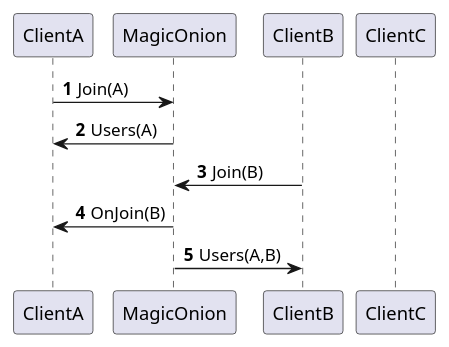
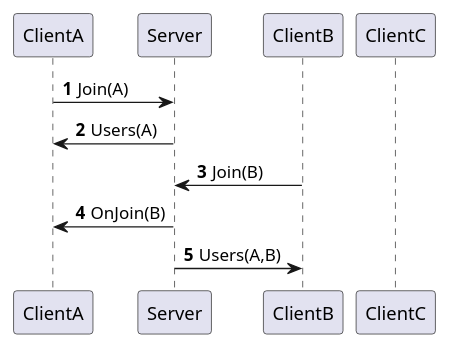
Before and after one commit to Bekomochi/RealTime-Repository: the diagram in Admin/app/src/database/migrations/RealTime_Sequence.puml, drawn with PlantUML. The commit also changed 4 other files, not shown here.

Commit message:
シーケンス図(ゲーム開始/終了)を編集、その他シーケンス図の微調整

```diff
--- a/Admin/app/src/database/migrations/RealTime_Sequence.puml
+++ b/Admin/app/src/database/migrations/RealTime_Sequence.puml
@@ -1,17 +1,17 @@
 @startuml
 'https://plantuml.com/sequence-diagram
 
 autonumber
 
 participant ClientA
-participant MagicOnion
+participant Server
 participant ClientB
 participant ClientC
 
-ClientA->MagicOnion:Join(A)
-ClientA<-MagicOnion:Users(A)
-ClientB->MagicOnion:Join(B)
-ClientA<-MagicOnion:OnJoin(B)
-ClientB<-MagicOnion:Users(A,B)
+ClientA->Server:Join(A)
+ClientA<-Server:Users(A)
+ClientB->Server:Join(B)
+ClientA<-Server:OnJoin(B)
+ClientB<-Server:Users(A,B)
 
 @enduml
```
